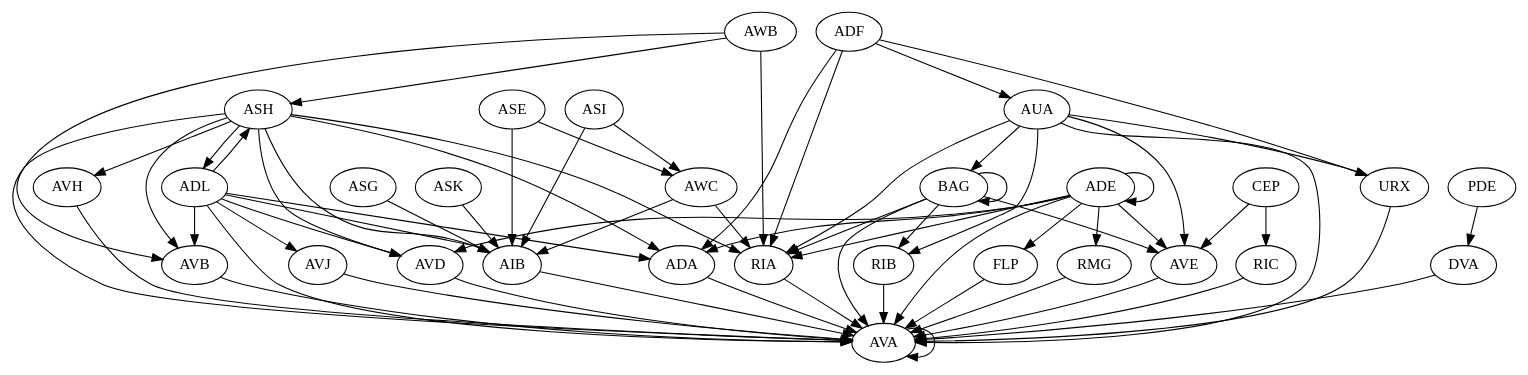
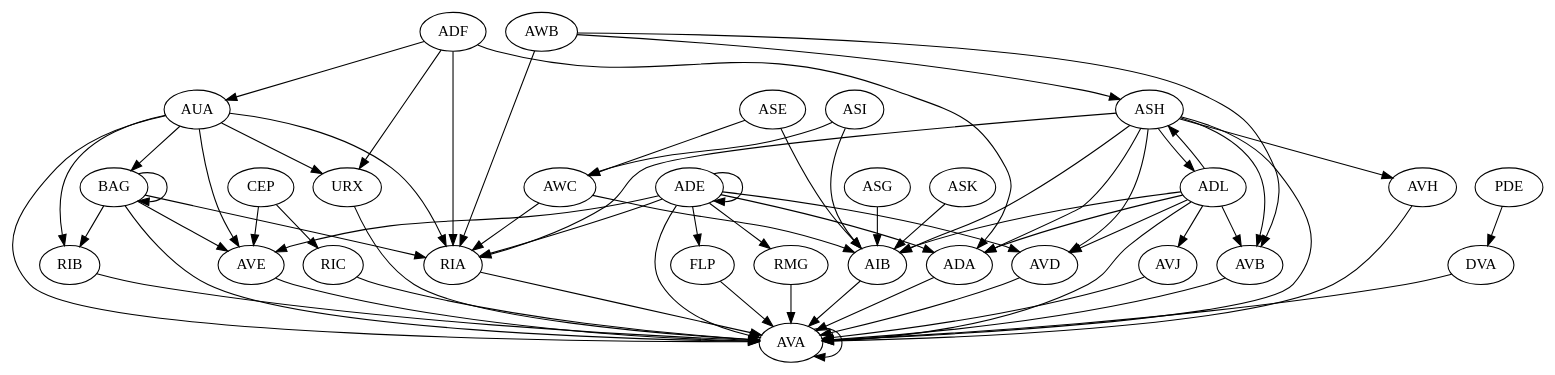
Before and after one commit to adrameshiu/Celegans-search: the diagram in out_files/dot_files/main_class_graph_moderate.dot, drawn with Graphviz. The commit also changed other lines of this file and 8 other files, not shown here.

Commit message:
option to show cell graph too

```diff
--- a/out_files/dot_files/main_class_graph_moderate.dot
+++ b/out_files/dot_files/main_class_graph_moderate.dot
@@ -1,165 +1,165 @@
 digraph "" {
-	AVB	[layer=1];
+	AVJ	[layer=1];
 	AVA	[layer=2];
-	AVB -> AVA	[key=0,
-		weight=47];
+	AVJ -> AVA	[key=0,
+		weight=10];
 	AVA -> AVA	[key=0,
 		weight=19];
-	ASH	[layer=1];
-	ASH -> AVB	[key=0,
-		weight=20];
-	ASH -> AVA	[key=0,
-		weight=26];
+	AUA	[layer=1];
+	AUA -> AVA	[key=0,
+		weight=14];
 	RIA	[layer=1];
-	ASH -> RIA	[key=0,
-		weight=12];
-	ADL	[layer=1];
-	ASH -> ADL	[key=0,
-		weight=19];
-	AIB	[layer=1];
-	ASH -> AIB	[key=0,
-		weight=20];
+	AUA -> RIA	[key=0,
+		weight=43];
+	BAG	[layer=1];
+	AUA -> BAG	[key=0,
+		weight=4];
+	URX	[layer=1];
+	AUA -> URX	[key=0,
+		weight=6];
+	AVE	[layer=1];
+	AUA -> AVE	[key=0,
+		weight=22];
+	RIB	[layer=1];
+	AUA -> RIB	[key=0,
+		weight=66];
+	RMG	[layer=1];
+	RMG -> AVA	[key=0,
+		weight=4];
+	ADF	[layer=0];
+	ADF -> AUA	[key=0,
+		weight=21];
+	ADF -> RIA	[key=0,
+		weight=107];
+	ADF -> URX	[key=0,
+		weight=11];
 	ADA	[layer=1];
-	ASH -> ADA	[key=0,
-		weight=7];
-	AVH	[layer=1];
-	ASH -> AVH	[key=0,
-		weight=3];
-	AVD	[layer=1];
-	ASH -> AVD	[key=0,
-		weight=56];
+	ADF -> ADA	[key=0,
+		weight=6];
 	RIA -> AVA	[key=0,
 		weight=4];
-	BAG	[layer=1];
 	BAG -> AVA	[key=0,
 		weight=7];
 	BAG -> RIA	[key=0,
 		weight=36];
 	BAG -> BAG	[key=0,
 		weight=4];
-	AVE	[layer=1];
 	BAG -> AVE	[key=0,
 		weight=17];
-	RIB	[layer=1];
 	BAG -> RIB	[key=0,
 		weight=42];
-	AVE -> AVA	[key=0,
-		weight=67];
+	ASG	[layer=0];
+	AIB	[layer=1];
+	ASG -> AIB	[key=0,
+		weight=37];
+	AIB -> AVA	[key=0,
+		weight=7];
 	AWB	[layer=0];
+	AWB -> RIA	[key=0,
+		weight=13];
+	AVB	[layer=1];
 	AWB -> AVB	[key=0,
 		weight=4];
+	ASH	[layer=1];
 	AWB -> ASH	[key=0,
 		weight=4];
-	AWB -> RIA	[key=0,
-		weight=13];
-	ADE	[layer=1];
-	ADE -> AVA	[key=0,
-		weight=29];
-	ADE -> RIA	[key=0,
-		weight=3];
-	ADE -> AVE	[key=0,
-		weight=7];
-	ADE -> ADE	[key=0,
-		weight=8];
-	ADE -> ADA	[key=0,
-		weight=2];
-	FLP	[layer=1];
-	ADE -> FLP	[key=0,
-		weight=9];
-	RMG	[layer=1];
-	ADE -> RMG	[key=0,
-		weight=12];
-	ADE -> AVD	[key=0,
-		weight=7];
-	ADL -> AVB	[key=0,
-		weight=22];
-	ADL -> AVA	[key=0,
-		weight=22];
-	ADL -> ASH	[key=0,
-		weight=10];
-	ADL -> AIB	[key=0,
-		weight=53];
-	ADL -> ADA	[key=0,
-		weight=2];
-	ADL -> AVD	[key=0,
-		weight=48];
-	AVJ	[layer=1];
-	ADL -> AVJ	[key=0,
-		weight=17];
-	AIB -> AVA	[key=0,
-		weight=7];
-	ADA -> AVA	[key=0,
-		weight=18];
+	AVB -> AVA	[key=0,
+		weight=47];
 	AWC	[layer=0];
 	AWC -> RIA	[key=0,
 		weight=9];
 	AWC -> AIB	[key=0,
 		weight=35];
+	CEP	[layer=0];
+	RIC	[layer=1];
+	CEP -> RIC	[key=0,
+		weight=113];
+	CEP -> AVE	[key=0,
+		weight=40];
+	RIC -> AVA	[key=0,
+		weight=61];
 	PDE	[layer=0];
 	DVA	[layer=1];
 	PDE -> DVA	[key=0,
 		weight=8];
 	DVA -> AVA	[key=0,
 		weight=8];
+	URX -> AVA	[key=0,
+		weight=3];
+	ADA -> AVA	[key=0,
+		weight=18];
+	AVE -> AVA	[key=0,
+		weight=67];
+	ADL	[layer=1];
+	ADL -> AVJ	[key=0,
+		weight=17];
+	ADL -> AVA	[key=0,
+		weight=22];
+	ADL -> AIB	[key=0,
+		weight=53];
+	ADL -> AVB	[key=0,
+		weight=22];
+	ADL -> ADA	[key=0,
+		weight=2];
+	AVD	[layer=1];
+	ADL -> AVD	[key=0,
+		weight=48];
+	ADL -> ASH	[key=0,
+		weight=10];
+	AVD -> AVA	[key=0,
+		weight=167];
+	AVH	[layer=1];
+	AVH -> AVA	[key=0,
+		weight=2];
+	RIB -> AVA	[key=0,
+		weight=11];
+	ASH -> AVA	[key=0,
+		weight=26];
+	ASH -> RIA	[key=0,
+		weight=12];
+	ASH -> AIB	[key=0,
+		weight=20];
+	ASH -> AVB	[key=0,
+		weight=20];
+	ASH -> ADA	[key=0,
+		weight=7];
+	ASH -> ADL	[key=0,
+		weight=19];
+	ASH -> AVD	[key=0,
+		weight=56];
+	ASH -> AVH	[key=0,
+		weight=3];
+	ADE	[layer=1];
+	ADE -> AVA	[key=0,
+		weight=29];
+	ADE -> RMG	[key=0,
+		weight=12];
+	ADE -> RIA	[key=0,
+		weight=3];
+	ADE -> ADA	[key=0,
+		weight=2];
+	ADE -> AVE	[key=0,
+		weight=7];
+	ADE -> AVD	[key=0,
+		weight=7];
+	ADE -> ADE	[key=0,
+		weight=8];
+	FLP	[layer=1];
+	ADE -> FLP	[key=0,
+		weight=9];
 	FLP -> AVA	[key=0,
 		weight=114];
-	AVH -> AVA	[key=0,
-		weight=2];
-	ASG	[layer=0];
-	ASG -> AIB	[key=0,
-		weight=37];
-	ADF	[layer=0];
-	ADF -> RIA	[key=0,
-		weight=107];
-	ADF -> ADA	[key=0,
+	ASI	[layer=0];
+	ASI -> AIB	[key=0,
 		weight=6];
-	AUA	[layer=1];
-	ADF -> AUA	[key=0,
-		weight=21];
-	URX	[layer=1];
-	ADF -> URX	[key=0,
-		weight=11];
-	ASK	[layer=0];
-	ASK -> AIB	[key=0,
-		weight=11];
-	RMG -> AVA	[key=0,
-		weight=4];
-	CEP	[layer=0];
-	CEP -> AVE	[key=0,
-		weight=40];
-	RIC	[layer=1];
-	CEP -> RIC	[key=0,
-		weight=113];
-	RIC -> AVA	[key=0,
-		weight=61];
-	AUA -> AVA	[key=0,
-		weight=14];
-	AUA -> RIA	[key=0,
-		weight=43];
-	AUA -> BAG	[key=0,
-		weight=4];
-	AUA -> AVE	[key=0,
-		weight=22];
-	AUA -> URX	[key=0,
-		weight=6];
-	AUA -> RIB	[key=0,
-		weight=66];
-	URX -> AVA	[key=0,
-		weight=3];
-	RIB -> AVA	[key=0,
-		weight=11];
+	ASI -> AWC	[key=0,
+		weight=5];
 	ASE	[layer=0];
 	ASE -> AIB	[key=0,
 		weight=65];
 	ASE -> AWC	[key=0,
 		weight=17];
-	AVD -> AVA	[key=0,
-		weight=167];
-	ASI	[layer=0];
-	ASI -> AIB	[key=0,
-		weight=6];
-	ASI -> AWC	[key=0,
-		weight=5];
-	AVJ -> AVA	[key=0,
-		weight=10];
+	ASK	[layer=0];
+	ASK -> AIB	[key=0,
+		weight=11];
 }
```
